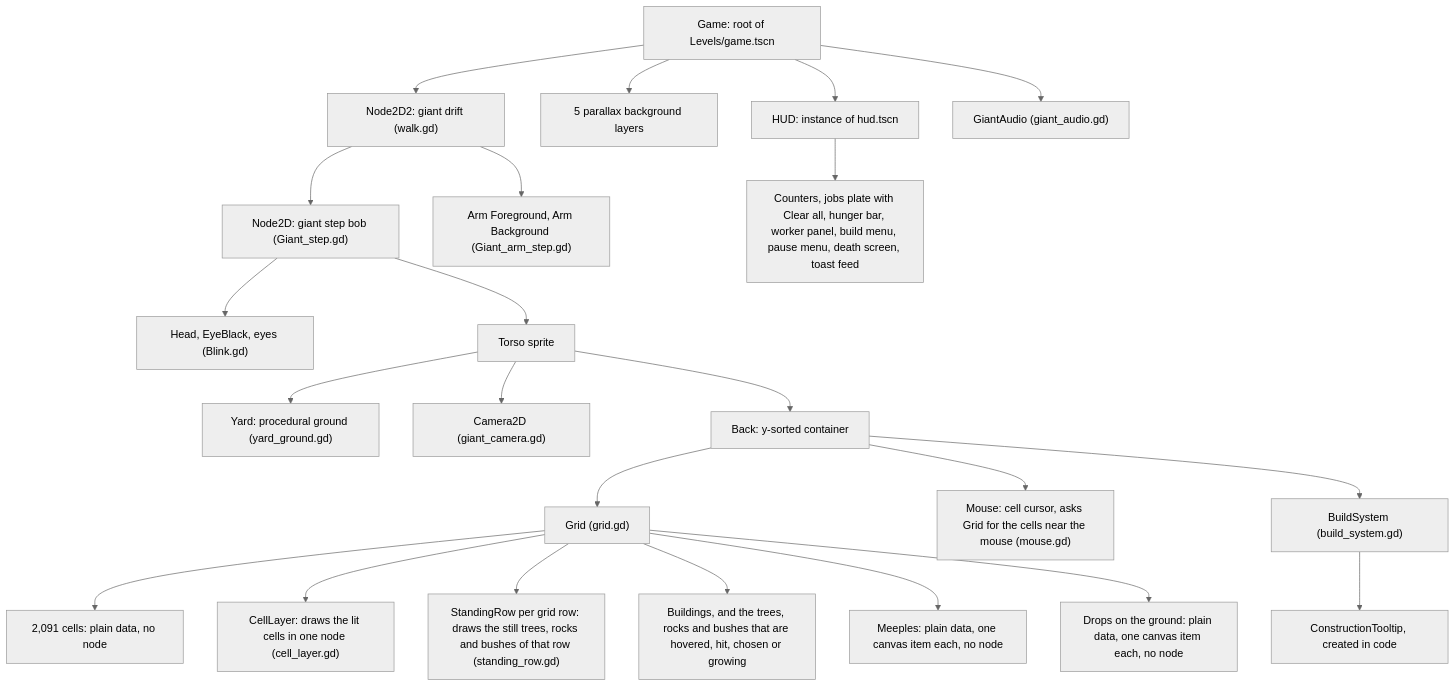
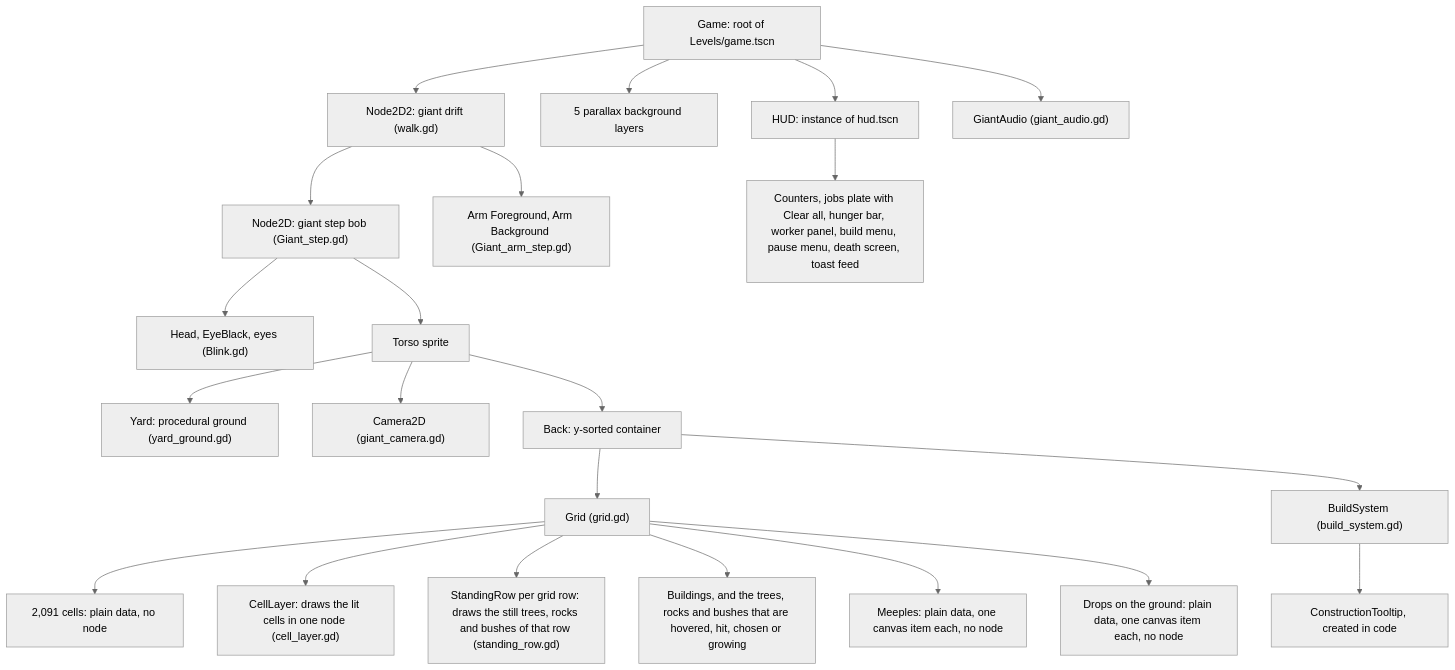
Before and after one commit to Liam-M-Mays/game-jam-2026: the third of 11 diagrams in docs/architecture.md, drawn with Mermaid (neutral theme). The commit also changed other lines of this file and 4 other files, not shown here.

````diff
--- a/docs/architecture.md
+++ b/docs/architecture.md
@@ -136,49 +136,47 @@
 ```mermaid
 flowchart TD
     game["Game: root of Levels/game.tscn"]
     walk["Node2D2: giant drift (walk.gd)"]
     step["Node2D: giant step bob (Giant_step.gd)"]
     head["Head, EyeBlack, eyes (Blink.gd)"]
     arms["Arm Foreground, Arm Background (Giant_arm_step.gd)"]
     torso["Torso sprite"]
     yard["Yard: procedural ground (yard_ground.gd)"]
     camera["Camera2D (giant_camera.gd)"]
     back["Back: y-sorted container"]
     grid["Grid (grid.gd)"]
     cells["2,091 cells: plain data, no node"]
     cellLayer["CellLayer: draws the lit cells in one node (cell_layer.gd)"]
     rows["StandingRow per grid row: draws the still trees, rocks and bushes of that row (standing_row.gd)"]
     objects["Buildings, and the trees, rocks and bushes that are hovered, hit, chosen or growing"]
     meeples["Meeples: plain data, one canvas item each, no node"]
     drops["Drops on the ground: plain data, one canvas item each, no node"]
-    cursor["Mouse: cell cursor, asks Grid for the cells near the mouse (mouse.gd)"]
     buildSystem["BuildSystem (build_system.gd)"]
     tooltip["ConstructionTooltip, created in code"]
     parallax["5 parallax background layers"]
     hud["HUD: instance of hud.tscn"]
     hudKids["Counters, jobs plate with Clear all, hunger bar, worker panel, build menu, pause menu, death screen, toast feed"]
     giantAudio["GiantAudio (giant_audio.gd)"]
 
     game --> walk
     walk --> step
     walk --> arms
     step --> head
     step --> torso
     torso --> yard
     torso --> camera
     torso --> back
     back --> grid
-    back --> cursor
     back --> buildSystem
     grid --> cells
     grid --> cellLayer
     grid --> rows
     grid --> objects
     grid --> meeples
     grid --> drops
     buildSystem --> tooltip
     game --> parallax
     game --> hud
     hud --> hudKids
     game --> giantAudio
 ```
````
